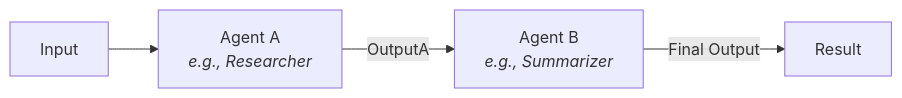
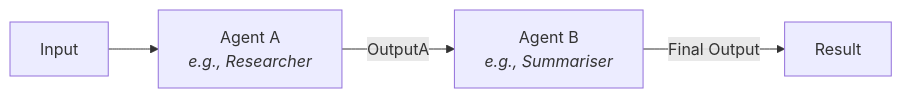
The third of 12 diagrams in src/content/docs/microsoft-agent-framework-guide/dotnet/microsoft_agent_framework_dotnet_diagrams.md (CodeHalwell/AgentGuides), drawn with Mermaid before and after one commit. The commit also changed other lines of this file and 4 other files, not shown here.

````diff
--- a/src/content/docs/microsoft-agent-framework-guide/dotnet/microsoft_agent_framework_dotnet_diagrams.md
+++ b/src/content/docs/microsoft-agent-framework-guide/dotnet/microsoft_agent_framework_dotnet_diagrams.md
@@ -75,6 +79,6 @@
 ```mermaid
 graph LR
     Input --> AgentA[Agent A<br/><i>e.g., Researcher</i>]
-    AgentA -- OutputA --> AgentB[Agent B<br/><i>e.g., Summarizer</i>]
+    AgentA -- OutputA --> AgentB[Agent B<br/><i>e.g., Summariser</i>]
     AgentB -- Final Output --> Result
 ```
````
